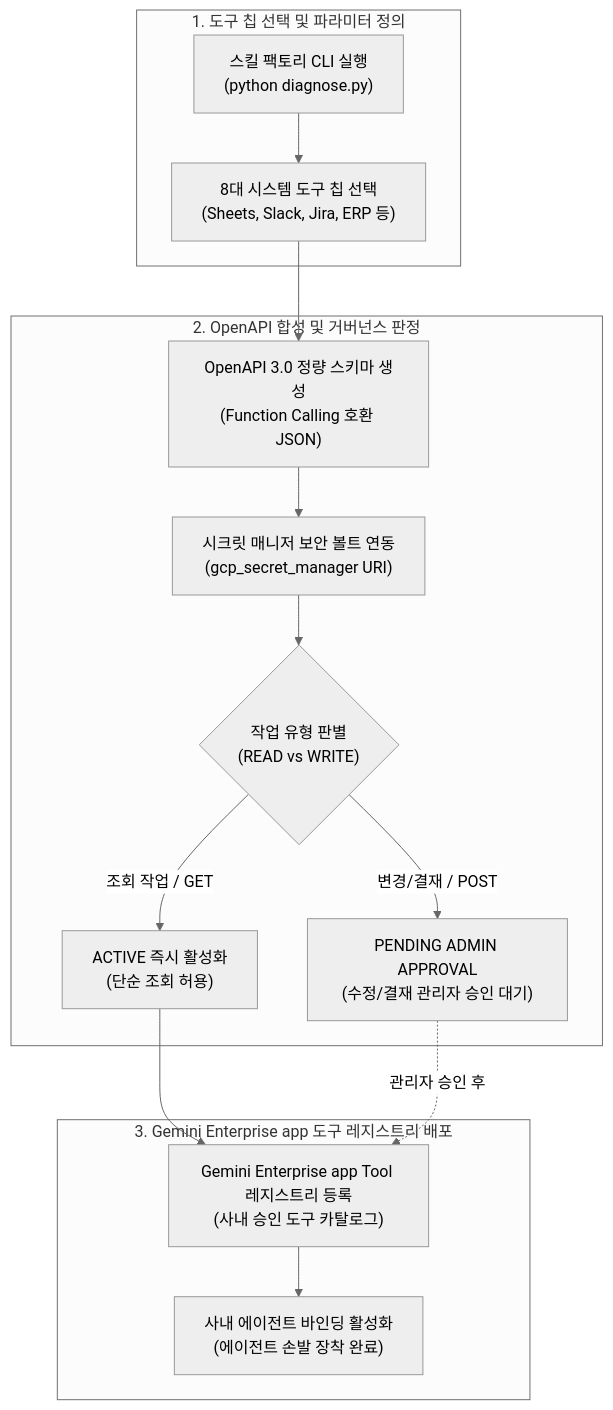
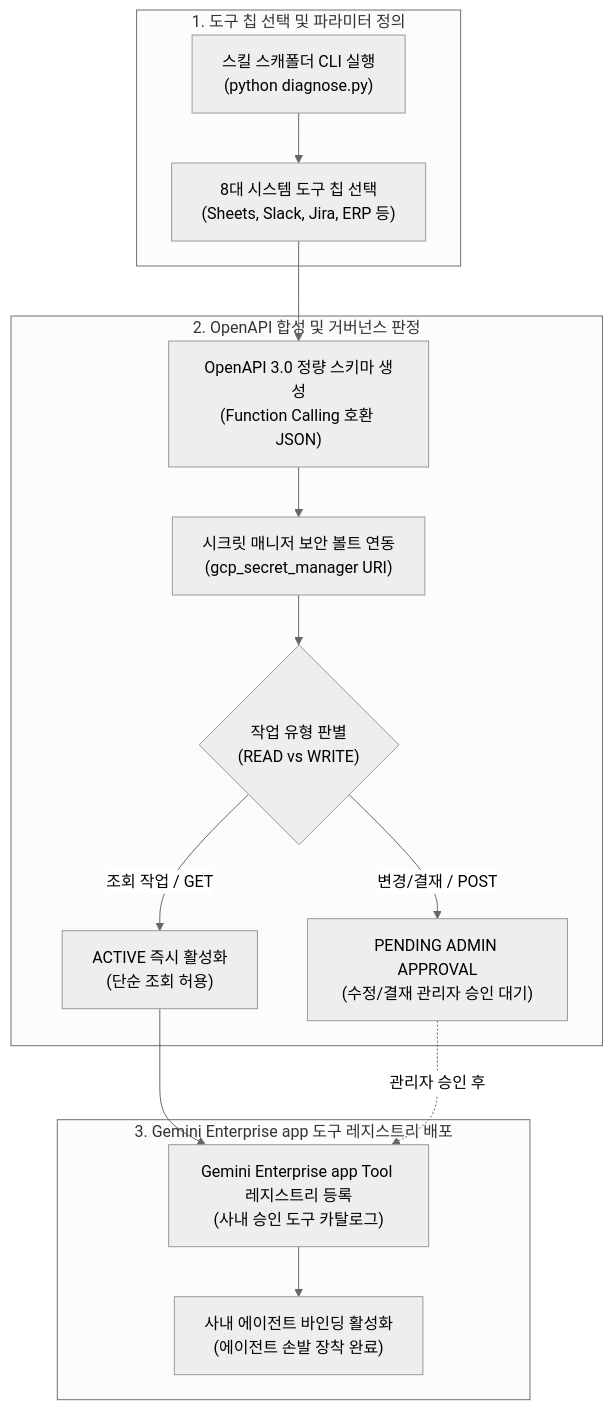
One commit to jiangjun-forge/google-cloud-0-to-1 changed the diagram in samples/gemini-enterprise-copilot-skill/README.md. Above: the diagram before and after it, drawn with Mermaid (neutral theme). The commit also changed other lines of this file and 10 other files, not shown here.

````diff
--- a/samples/gemini-enterprise-copilot-skill/README.md
+++ b/samples/gemini-enterprise-copilot-skill/README.md
@@ -42,27 +42,27 @@
 ```mermaid
 flowchart TD
     subgraph Selection ["1. 도구 칩 선택 및 파라미터 정의"]
-        S1["스킬 팩토리 CLI 실행<br/>(python diagnose.py)"]
+        S1["스킬 스캐폴더 CLI 실행<br/>(python diagnose.py)"]
         S2["8대 시스템 도구 칩 선택<br/>(Sheets, Slack, Jira, ERP 등)"]
         S1 --> S2
     end
 
     subgraph Governance ["2. OpenAPI 합성 및 거버넌스 판정"]
         G1["OpenAPI 3.0 정량 스키마 생성<br/>(Function Calling 호환 JSON)"]
         G2["시크릿 매니저 보안 볼트 연동<br/>(gcp_secret_manager URI)"]
         G3{"작업 유형 판별<br/>(READ vs WRITE)"}
         G4["ACTIVE 즉시 활성화<br/>(단순 조회 허용)"]
         G5["PENDING ADMIN APPROVAL<br/>(수정/결재 관리자 승인 대기)"]
         S2 --> G1 --> G2 --> G3
         G3 -->|조회 작업 / GET| G4
         G3 -->|변경/결재 / POST| G5
     end
 
     subgraph Registry ["3. Gemini Enterprise app 도구 레지스트리 배포"]
         R1["Gemini Enterprise app Tool 레지스트리 등록<br/>(사내 승인 도구 카탈로그)"]
         R2["사내 에이전트 바인딩 활성화<br/>(에이전트 손발 장착 완료)"]
         G4 --> R1
         G5 -.->|관리자 승인 후| R1
         R1 --> R2
     end
 ```
````
